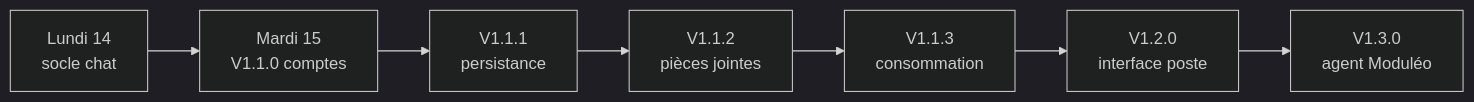
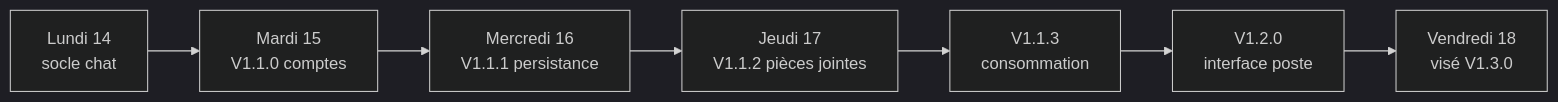
One commit to UlyssouLV/BBASS-Agents-IA changed the first of 2 diagrams in README.md. Above: the diagram before and after it, drawn with Mermaid (dark theme). The commit also changed other lines of this file and 32 other files, not shown here.

````diff
--- a/README.md
+++ b/README.md
@@ -26,9 +26,9 @@
 ```mermaid
 flowchart LR
   L14["Lundi 14<br/>socle chat"] --> M15["Mardi 15<br/>V1.1.0 comptes"]
-  M15 --> V111["V1.1.1<br/>persistance"]
-  V111 --> V112["V1.1.2<br/>pièces jointes"]
-  V112 --> V113["V1.1.3<br/>consommation"]
+  M15 --> Me16["Mercredi 16<br/>V1.1.1 persistance"]
+  Me16 --> J17["Jeudi 17<br/>V1.1.2 pièces jointes"]
+  J17 --> V113["V1.1.3<br/>consommation"]
   V113 --> V120["V1.2.0<br/>interface poste"]
-  V120 --> V130["V1.3.0<br/>agent Moduléo"]
+  V120 --> V18["Vendredi 18<br/>visé V1.3.0"]
 ```
````
